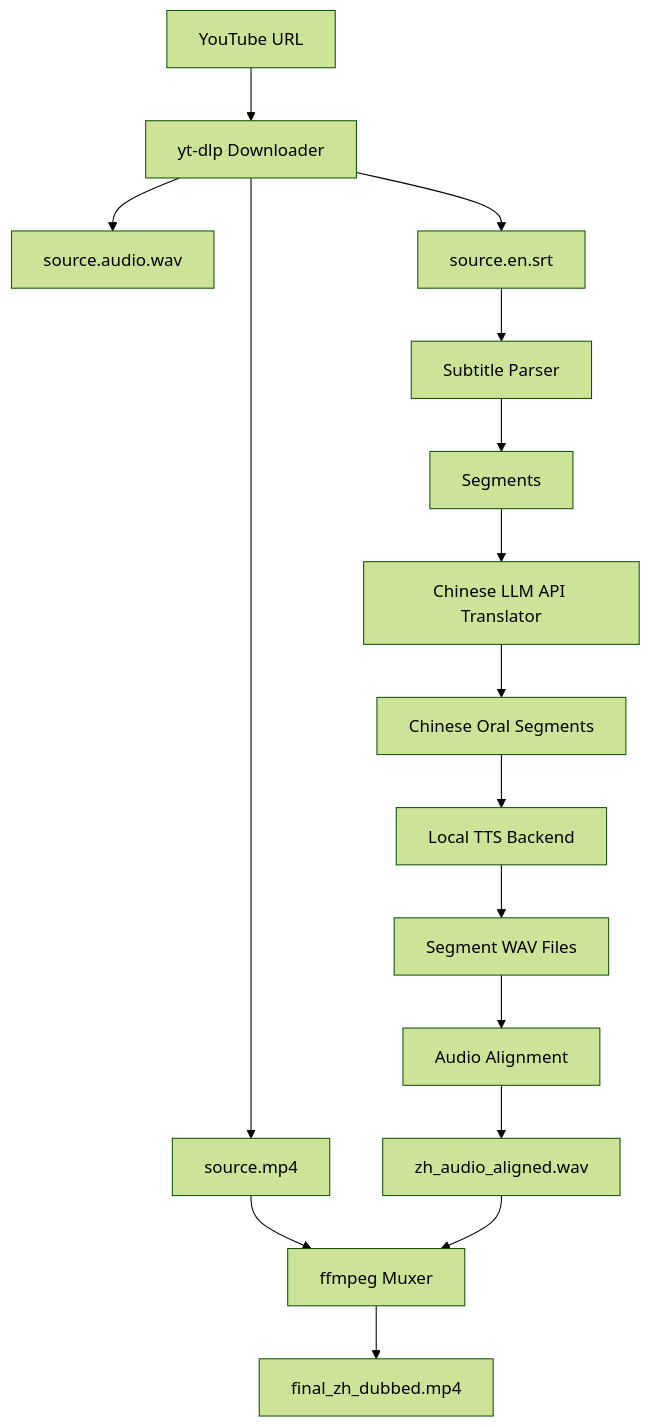
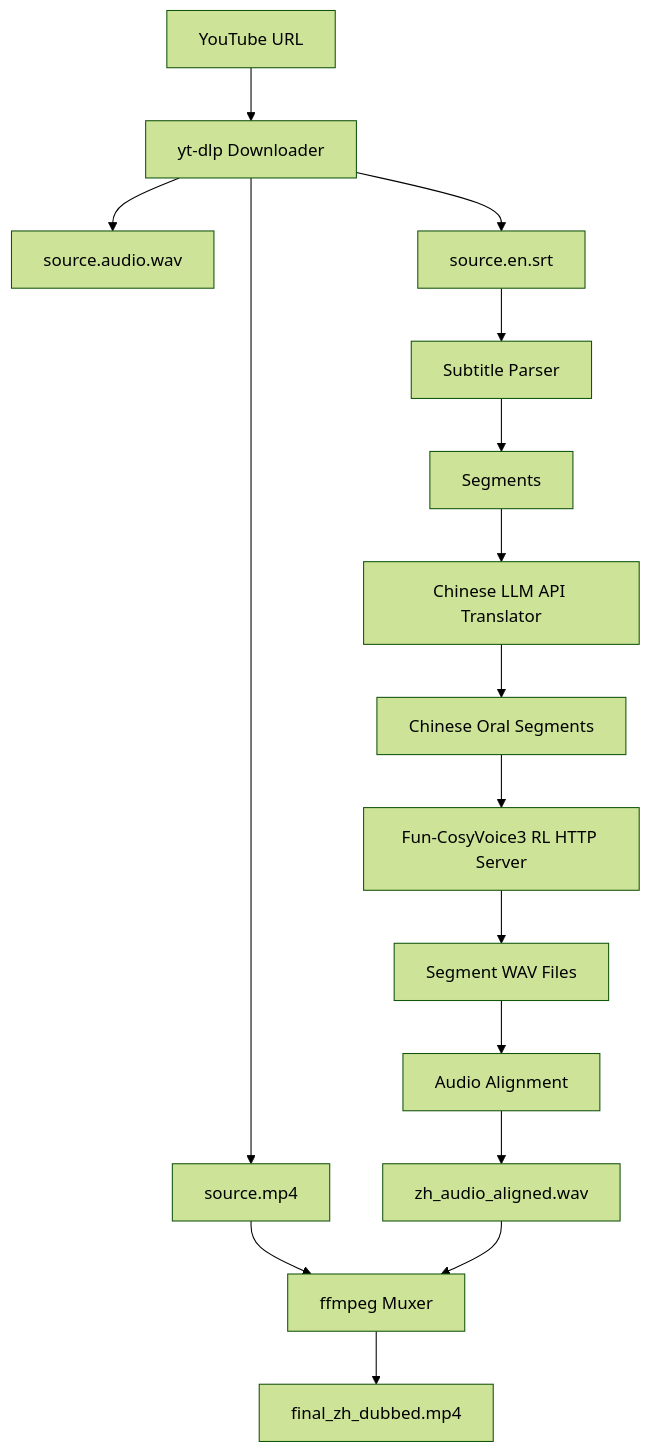
The diagram in README.md (m1ngxiao/VideoDubbingLab), drawn with Mermaid (forest theme) before and after one commit. The commit also changed other lines of this file and 12 other files, not shown here.

Commit message:
Use Fun-CosyVoice3 RL TTS backend

````diff
--- a/README.md
+++ b/README.md
@@ -19,18 +26,18 @@
 ```mermaid
 flowchart TD
     A[YouTube URL] --> B[yt-dlp Downloader]
     B --> C1[source.mp4]
     B --> C2[source.audio.wav]
     B --> C3[source.en.srt]
     C3 --> D[Subtitle Parser]
     D --> E[Segments]
     E --> F[Chinese LLM API Translator]
     F --> G[Chinese Oral Segments]
-    G --> H[Local TTS Backend]
+    G --> H[Fun-CosyVoice3 RL HTTP Server]
     H --> I[Segment WAV Files]
     I --> J[Audio Alignment]
     J --> K[zh_audio_aligned.wav]
     C1 --> L[ffmpeg Muxer]
     K --> L
     L --> M[final_zh_dubbed.mp4]
 ```
````
